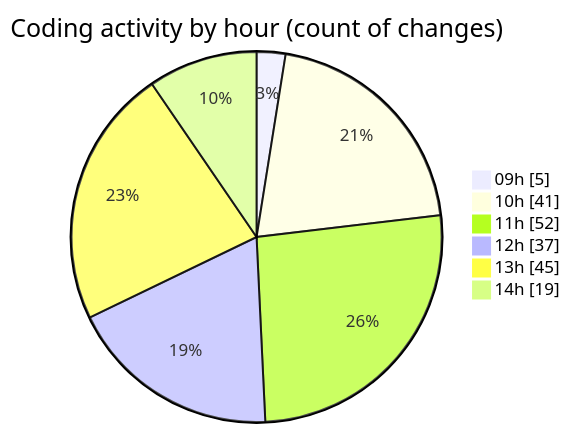
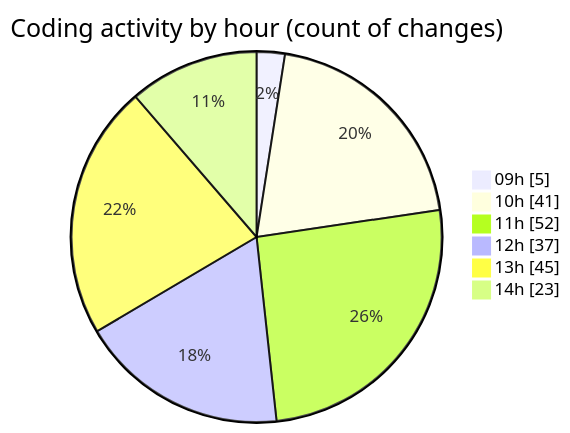
One commit to momahboobian/code-tracking changed the second of 2 diagrams in 2026-04-27/cda/README.md. Above: the diagram before and after it, drawn with Mermaid. The commit also changed other lines of this file and 1 other file, not shown here.

````diff
--- a/2026-04-27/cda/README.md
+++ b/2026-04-27/cda/README.md
@@ -57,10 +58,10 @@
 ```mermaid
 pie showData
 title Coding activity by hour (count of changes)
 "09h" : 5
 "10h" : 41
 "11h" : 52
 "12h" : 37
 "13h" : 45
-"14h" : 19
+"14h" : 23
 ```
````
